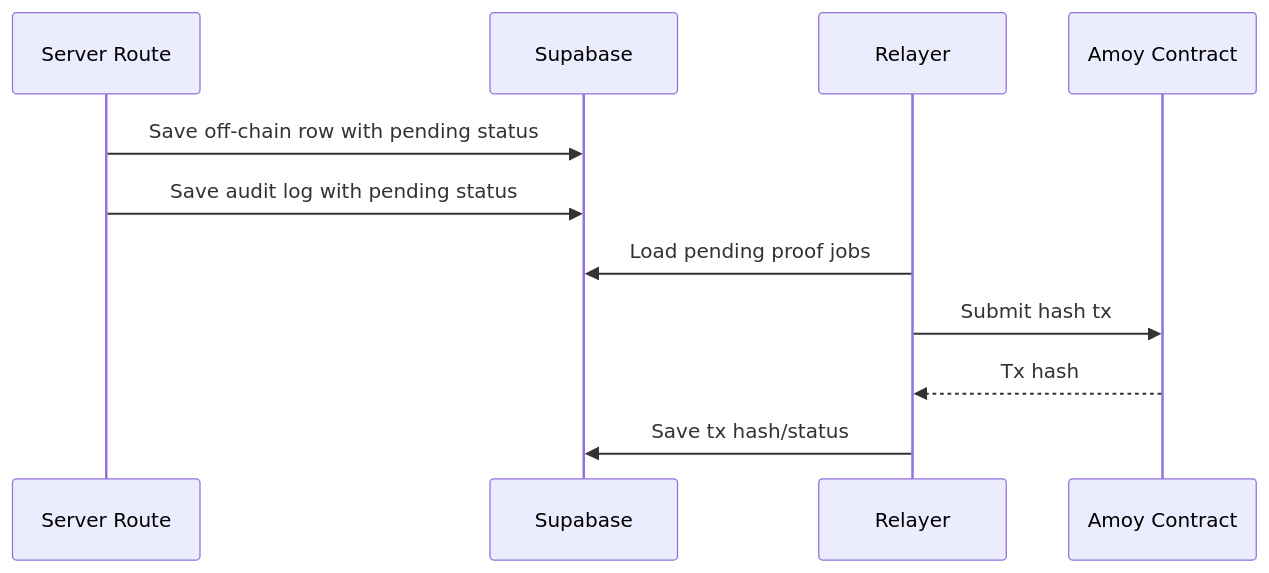
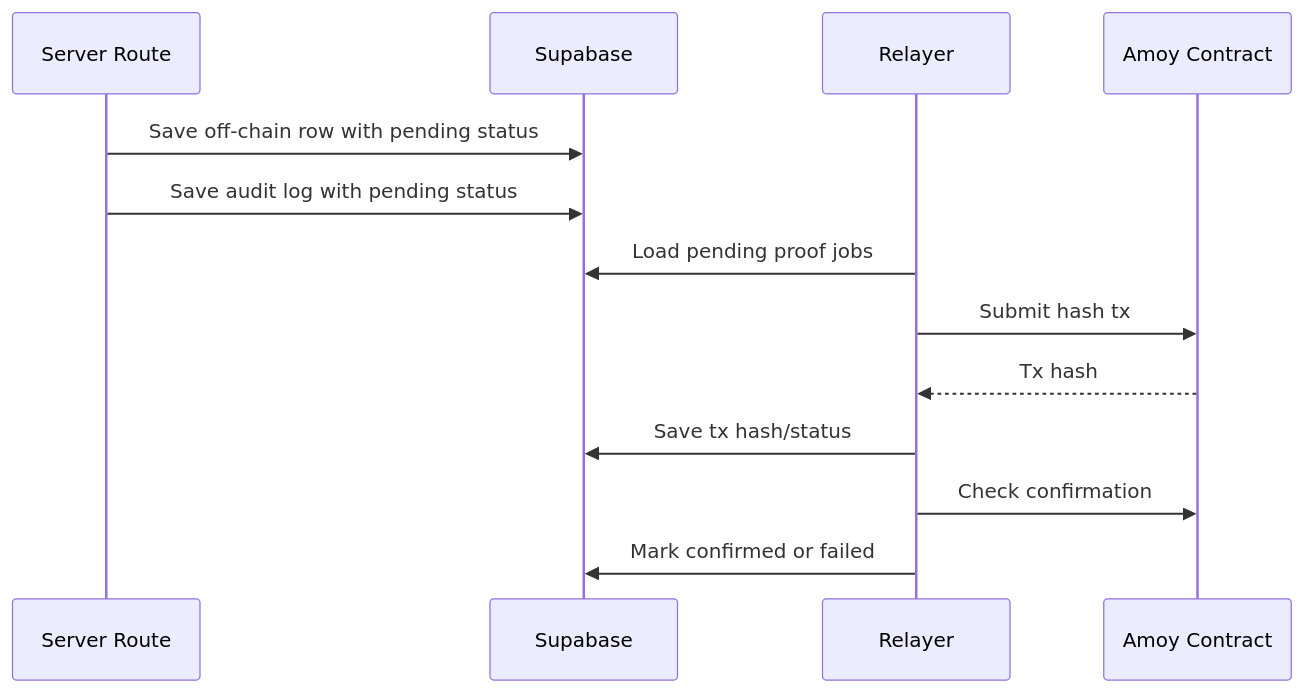
One commit to ranggabiner/technofest changed the second of 2 diagrams in plans/sprint-01/06-audit-blockchain-proof.md. Above: the diagram before and after it, drawn with Mermaid. The commit also changed other lines of this file and 9 other files, not shown here.

````diff
--- a/plans/sprint-01/06-audit-blockchain-proof.md
+++ b/plans/sprint-01/06-audit-blockchain-proof.md
@@ -115,13 +380,15 @@
 ```mermaid
 sequenceDiagram
   participant App as Server Route
   participant DB as Supabase
   participant R as Relayer
   participant C as Amoy Contract
   App->>DB: Save off-chain row with pending status
   App->>DB: Save audit log with pending status
   R->>DB: Load pending proof jobs
   R->>C: Submit hash tx
   C-->>R: Tx hash
   R->>DB: Save tx hash/status
+  R->>C: Check confirmation
+  R->>DB: Mark confirmed or failed
 ```
````
